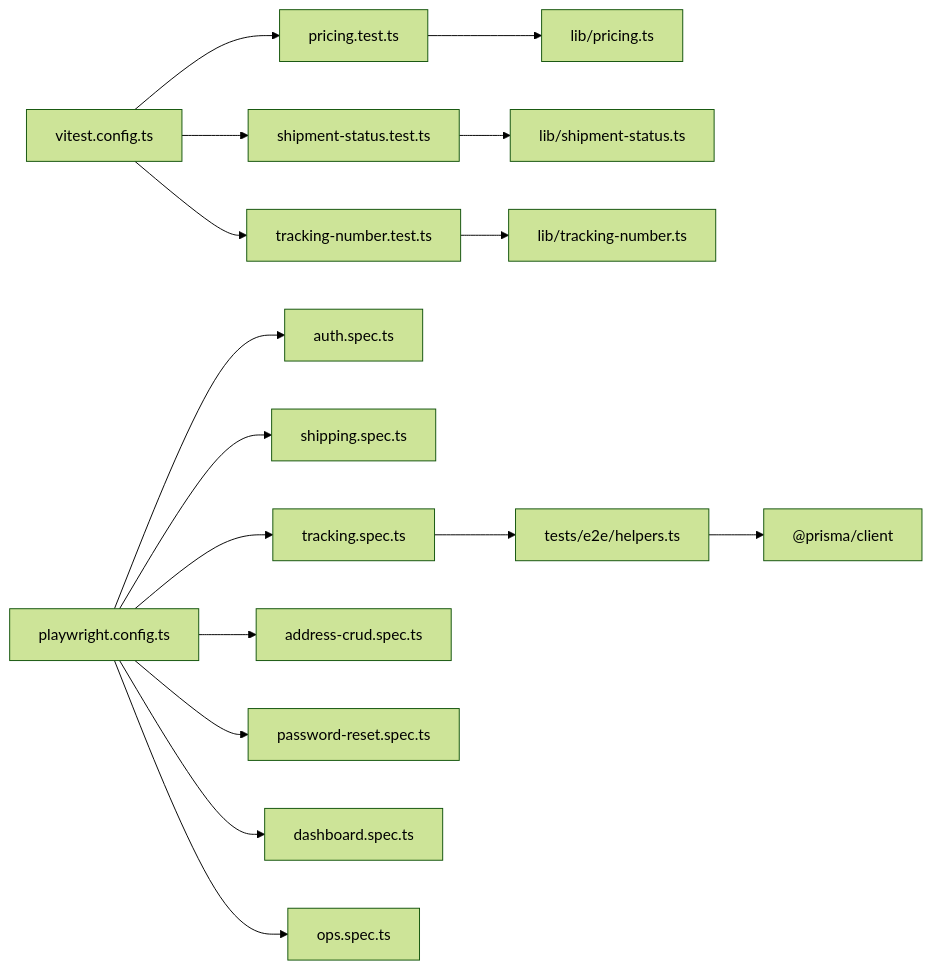
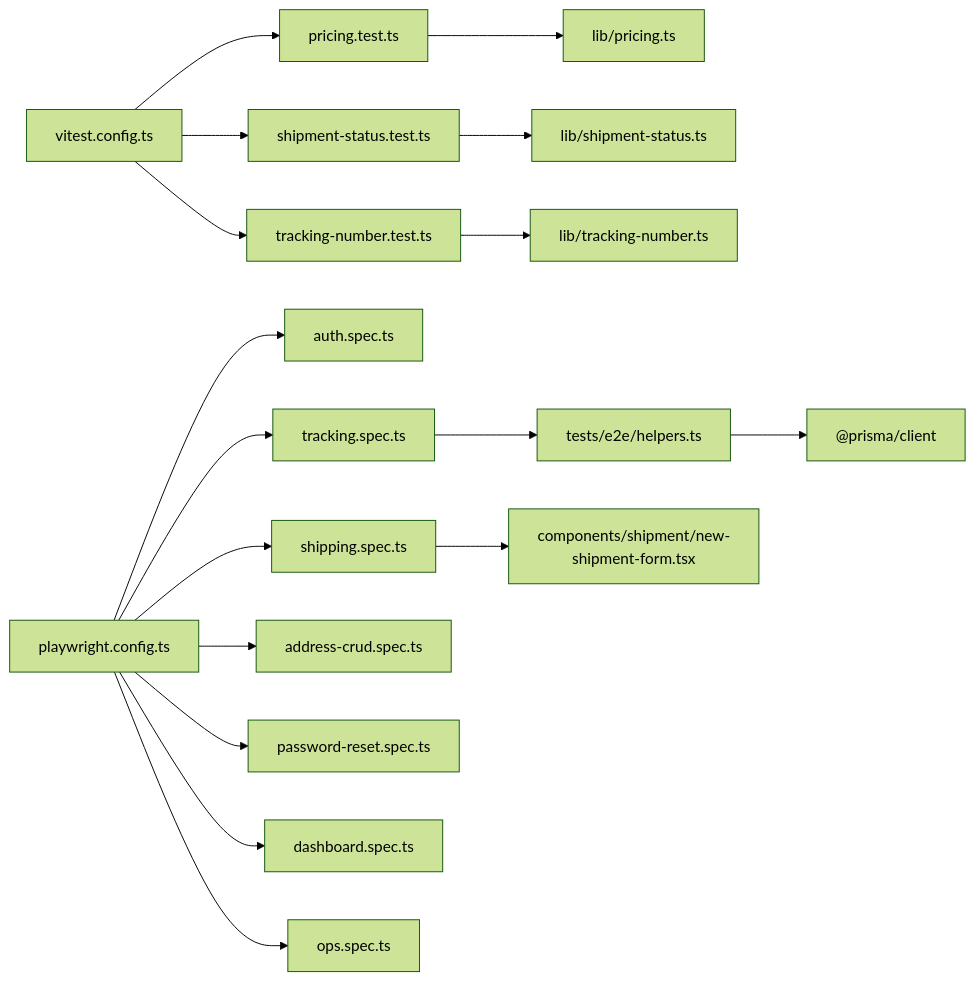
One commit to gyamposudodzi/Timberland changed the seventh of 8 diagrams in .qoder/repowiki/en/content/Testing Guide.md. Above: the diagram before and after it, drawn with Mermaid (forest theme). The commit also changed other lines of this file and 28 other files, not shown here.

````diff
--- a/.qoder/repowiki/en/content/Testing Guide.md
+++ b/.qoder/repowiki/en/content/Testing Guide.md
@@ -374,18 +390,19 @@
 ```mermaid
 graph LR
 VT["vitest.config.ts"] --> PT["pricing.test.ts"]
 VT --> ST["shipment-status.test.ts"]
 VT --> TT["tracking-number.test.ts"]
 PW["playwright.config.ts"] --> EA["auth.spec.ts"]
 PW --> ES["shipping.spec.ts"]
 PW --> ET["tracking.spec.ts"]
 PW --> ECRUD["address-crud.spec.ts"]
 PW --> EPW["password-reset.spec.ts"]
 PW --> EDS["dashboard.spec.ts"]
 PW --> EOPS["ops.spec.ts"]
 PT --> LP["lib/pricing.ts"]
 ST --> LS["lib/shipment-status.ts"]
 TT --> LN["lib/tracking-number.ts"]
 ET --> EH["tests/e2e/helpers.ts"]
+ES --> NSF["components/shipment/new-shipment-form.tsx"]
 EH --> PRISMA["@prisma/client"]
 ```
````
